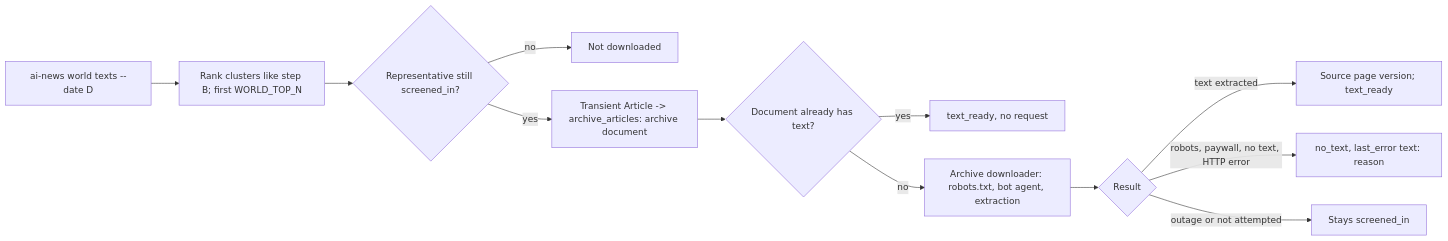
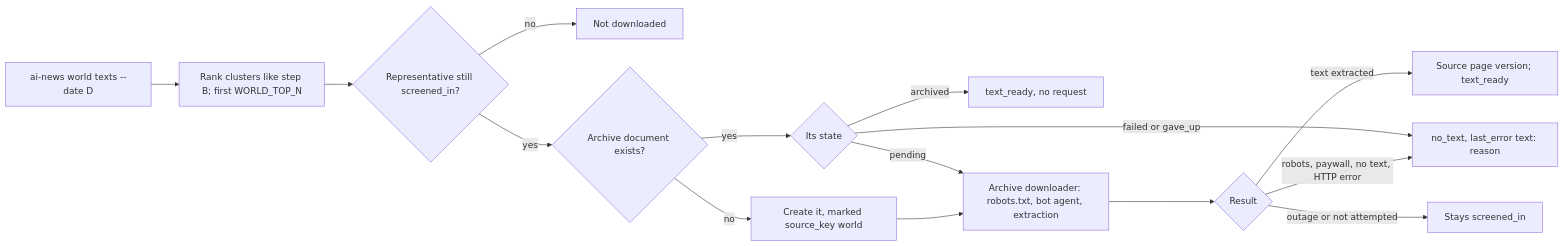
Before and after one commit to Orlv-85/AI_PARSER: the sixth of 6 diagrams in src/app/core/world/world.md, drawn with Mermaid. The commit also changed other lines of this file and 6 other files, not shown here.

Commit message:
fix(018): world text never rewrites real archive documents; world documents marked and kept out of the nightly job

````diff
--- a/src/app/core/world/world.md
+++ b/src/app/core/world/world.md
@@ -384,14 +384,17 @@
 ```mermaid
 flowchart LR
   cmd["ai-news world texts --date D"] --> rank["Rank clusters like step B; first WORLD_TOP_N"]
   rank --> rep{"Representative still screened_in?"}
   rep -- no --> skip["Not downloaded"]
-  rep -- yes --> doc["Transient Article -> archive_articles: archive document"]
-  doc --> have{"Document already has text?"}
-  have -- yes --> ready["text_ready, no request"]
-  have -- no --> dl["Archive downloader: robots.txt, bot agent, extraction"]
+  rep -- yes --> doc{"Archive document exists?"}
+  doc -- no --> mk["Create it, marked source_key world"]
+  doc -- yes --> st{"Its state"}
+  st -- archived --> ready["text_ready, no request"]
+  st -- "failed or gave_up" --> nt
+  st -- pending --> dl
+  mk --> dl["Archive downloader: robots.txt, bot agent, extraction"]
   dl --> out{"Result"}
   out -- "text extracted" --> ready2["Source page version; text_ready"]
   out -- "robots, paywall, no text, HTTP error" --> nt["no_text, last_error text: reason"]
   out -- "outage or not attempted" --> keep["Stays screened_in"]
 ```
````
